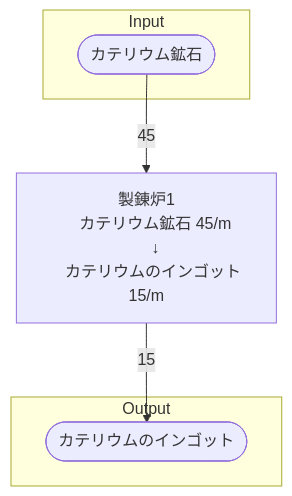
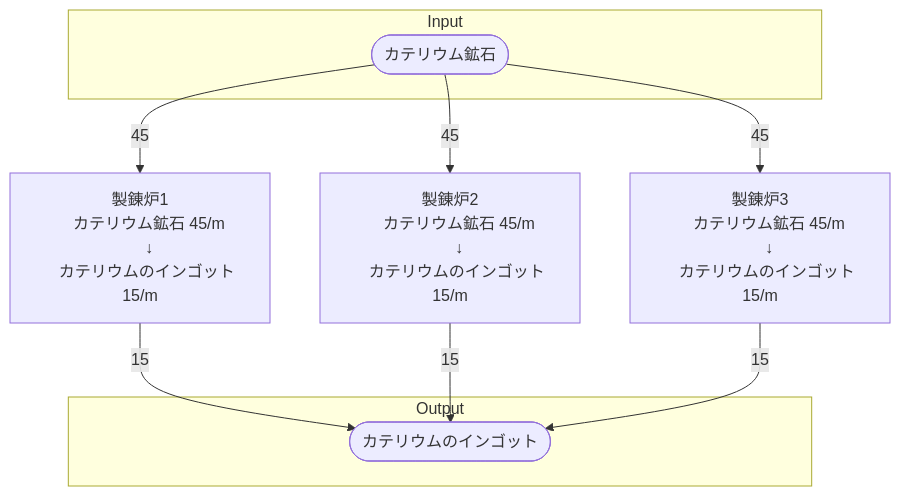
The diagram in 40_FactoryBuilding/初期一時カテリウム工場/40_個別製造ライン設計書/個別製造ライン設計書_カテリウムのインゴット製造ライン.md (Suzuran-Amano/SatisfactoryTaskEfficiency), drawn with Mermaid before and after one commit. The commit also changed other lines of this file and 14 other files, not shown here.

````diff
--- a/40_FactoryBuilding/初期一時カテリウム工場/40_個別製造ライン設計書/個別製造ライン設計書_カテリウムのインゴット製造ライン.md
+++ b/40_FactoryBuilding/初期一時カテリウム工場/40_個別製造ライン設計書/個別製造ライン設計書_カテリウムのインゴット製造ライン.md
@@ -20,21 +20,39 @@
 ```mermaid
 flowchart TD
 
 subgraph Input
     カテリウム鉱石([カテリウム鉱石])
 end
 
 製錬炉1[
     製錬炉1
     カテリウム鉱石 45/m
     ↓
     カテリウムのインゴット 15/m
 ]
 
+製錬炉2[
+    製錬炉2
+    カテリウム鉱石 45/m
+    ↓
+    カテリウムのインゴット 15/m
+]
+
+製錬炉3[
+    製錬炉3
+    カテリウム鉱石 45/m
+    ↓
+    カテリウムのインゴット 15/m
+]
+
 subgraph Output
     カテリウムのインゴット([カテリウムのインゴット])
 end
 
 カテリウム鉱石-->|45|製錬炉1
 製錬炉1-->|15|カテリウムのインゴット
+カテリウム鉱石-->|45|製錬炉2
+製錬炉2-->|15|カテリウムのインゴット
+カテリウム鉱石-->|45|製錬炉3
+製錬炉3-->|15|カテリウムのインゴット
 ```
````
